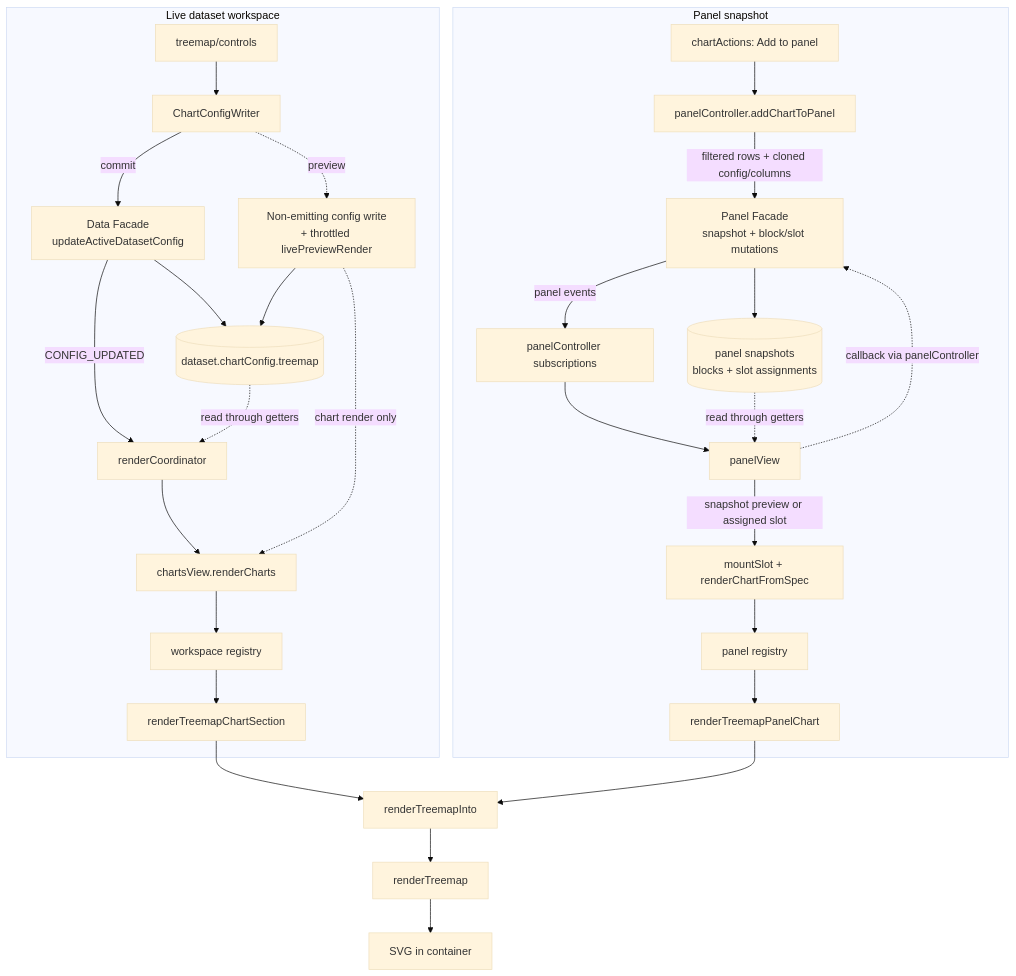
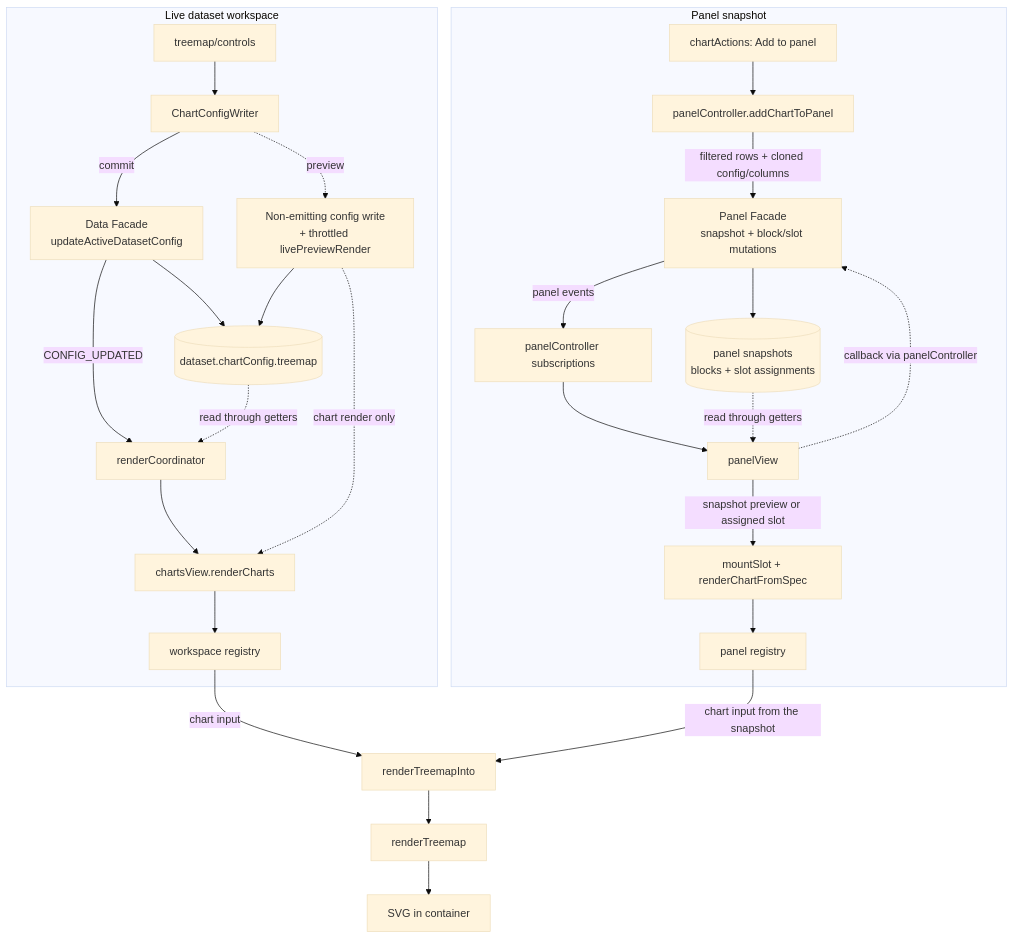
Before and after one commit to GabrielInada/CHIVE: the diagram in docs/development/charts/treemap.md, drawn with Mermaid (base theme). The commit also changed other lines of this file and 73 other files, not shown here.

````diff
--- a/docs/development/charts/treemap.md
+++ b/docs/development/charts/treemap.md
@@ -83,34 +81,32 @@
 ```mermaid
 flowchart TB
     subgraph LIVE["Live dataset workspace"]
         CONTROLS["treemap/controls"] --> WRITER["ChartConfigWriter"]
         WRITER -- commit --> DFACADE["Data Facade<br/>updateActiveDatasetConfig"]
         DFACADE --> DSTATE[("dataset.chartConfig.treemap")]
         DFACADE -- CONFIG_UPDATED --> COORD["renderCoordinator"]
         DSTATE -. read through getters .-> COORD
         WRITER -. preview .-> PREVIEW["Non-emitting config write<br/>+ throttled livePreviewRender"]
         PREVIEW --> DSTATE
         COORD --> CHARTSVIEW["chartsView.renderCharts"]
         PREVIEW -. chart render only .-> CHARTSVIEW
         CHARTSVIEW --> WREG["workspace registry"]
-        WREG --> WSECTION["renderTreemapChartSection"]
     end
 
     subgraph SAVED["Panel snapshot"]
         ACTION["chartActions: Add to panel"] --> PCAPTURE["panelController.addChartToPanel"]
         PCAPTURE -- filtered rows + cloned config/columns --> PFACADE["Panel Facade<br/>snapshot + block/slot mutations"]
         PFACADE --> PSTATE[("panel snapshots<br/>blocks + slot assignments")]
         PFACADE -- panel events --> PSUB["panelController subscriptions"]
         PSUB --> PVIEW["panelView"]
         PSTATE -. read through getters .-> PVIEW
         PVIEW -. callback via panelController .-> PFACADE
         PVIEW -- snapshot preview or assigned slot --> MOUNT["mountSlot + renderChartFromSpec"]
         MOUNT --> PREG["panel registry"]
-        PREG --> ADAPTER["renderTreemapPanelChart"]
     end
 
-    WSECTION --> PRESENT["renderTreemapInto"]
-    ADAPTER --> PRESENT
+    WREG -- chart input --> PRESENT["renderTreemapInto"]
+    PREG -- chart input from the snapshot --> PRESENT
     PRESENT --> RENDERER["renderTreemap"]
     RENDERER --> OUTPUT["SVG in container"]
 ```
````
